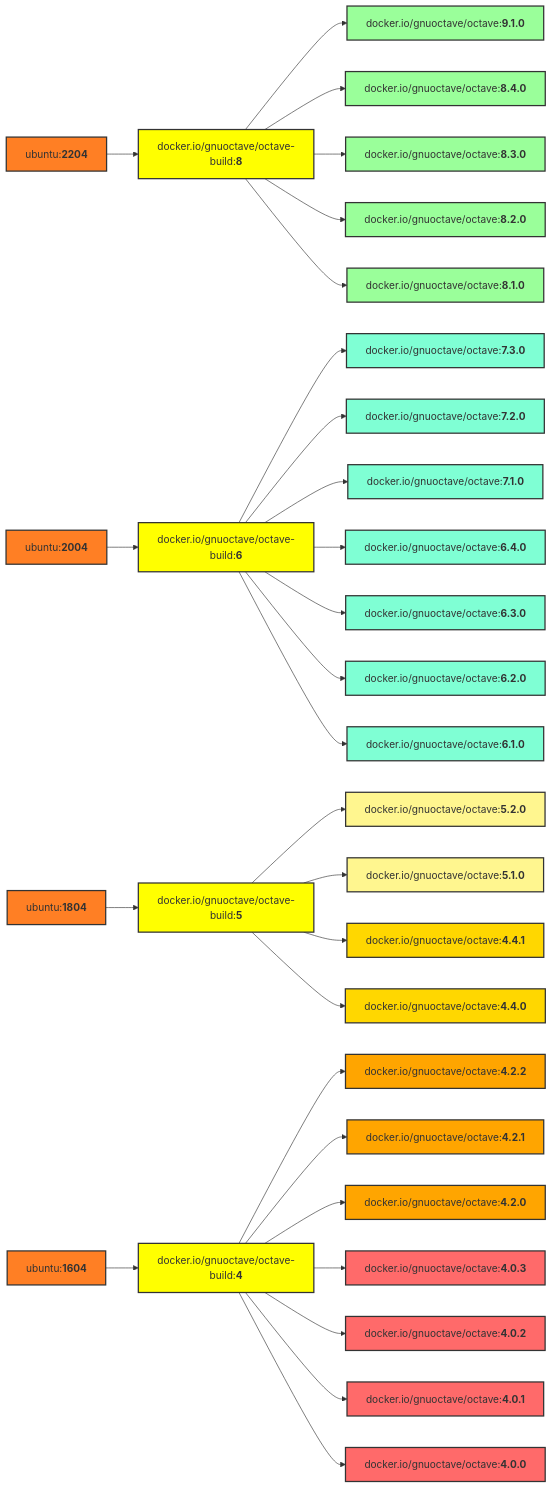
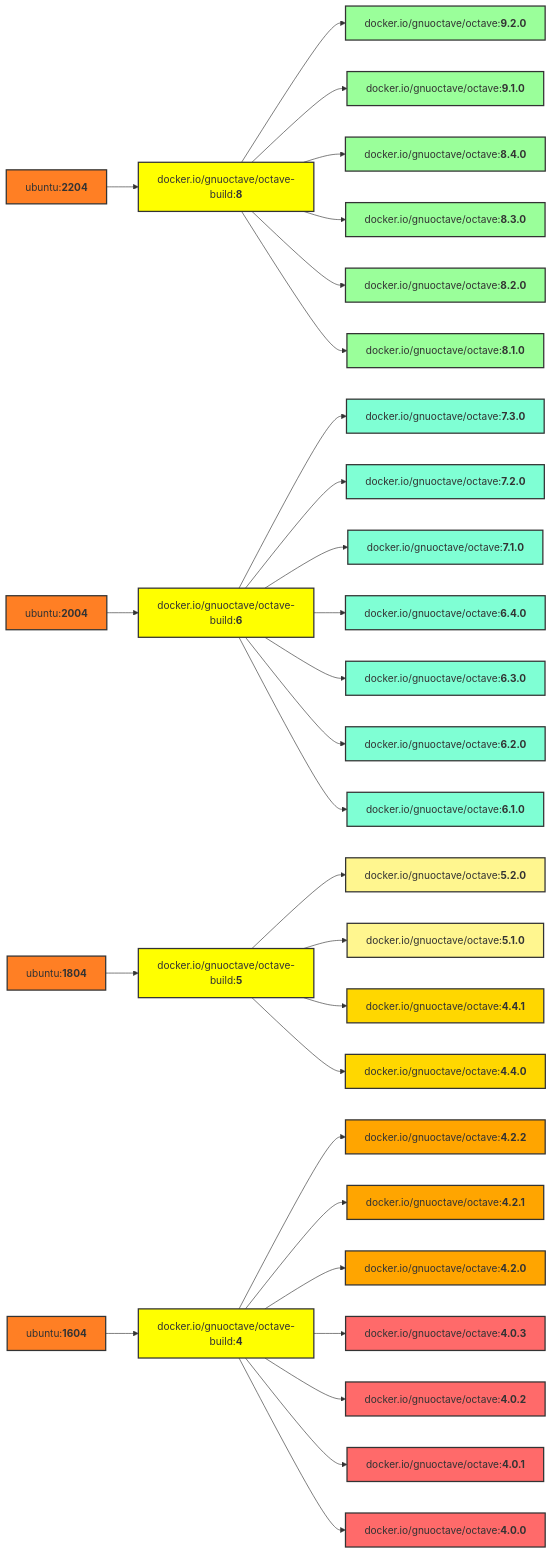
One commit to gnu-octave/docker changed the diagram in README.md. Above: the diagram before and after it, drawn with Mermaid. The commit also changed other lines of this file and 2 other files, not shown here.

Commit message:
GNU Octave 9.2.0 release (2024-06-07)

````diff
--- a/README.md
+++ b/README.md
@@ -93,69 +93,71 @@
 ```mermaid
 graph LR
     U4[ubuntu:<b>2204</b>] --> b8[docker.io/gnuoctave/octave-build:<b>8</b>];
     U3[ubuntu:<b>2004</b>] --> b6[docker.io/gnuoctave/octave-build:<b>6</b>];
     U2[ubuntu:<b>1804</b>] --> b5[docker.io/gnuoctave/octave-build:<b>5</b>];
     U1[ubuntu:<b>1604</b>] --> b4[docker.io/gnuoctave/octave-build:<b>4</b>];
+    b8 --> v920[docker.io/gnuoctave/octave:<b>9.2.0</b>];
     b8 --> v910[docker.io/gnuoctave/octave:<b>9.1.0</b>];
     b8 --> v840[docker.io/gnuoctave/octave:<b>8.4.0</b>];
     b8 --> v830[docker.io/gnuoctave/octave:<b>8.3.0</b>];
     b8 --> v820[docker.io/gnuoctave/octave:<b>8.2.0</b>];
     b8 --> v810[docker.io/gnuoctave/octave:<b>8.1.0</b>];
     b6 --> v730[docker.io/gnuoctave/octave:<b>7.3.0</b>];
     b6 --> v720[docker.io/gnuoctave/octave:<b>7.2.0</b>];
     b6 --> v710[docker.io/gnuoctave/octave:<b>7.1.0</b>];
     b6 --> v640[docker.io/gnuoctave/octave:<b>6.4.0</b>];
     b6 --> v630[docker.io/gnuoctave/octave:<b>6.3.0</b>];
     b6 --> v620[docker.io/gnuoctave/octave:<b>6.2.0</b>];
     b6 --> v610[docker.io/gnuoctave/octave:<b>6.1.0</b>];
     b5 --> v520[docker.io/gnuoctave/octave:<b>5.2.0</b>];
     b5 --> v510[docker.io/gnuoctave/octave:<b>5.1.0</b>];
     b5 --> v441[docker.io/gnuoctave/octave:<b>4.4.1</b>];
     b5 --> v440[docker.io/gnuoctave/octave:<b>4.4.0</b>];
     b4 --> v422[docker.io/gnuoctave/octave:<b>4.2.2</b>];
     b4 --> v421[docker.io/gnuoctave/octave:<b>4.2.1</b>];
     b4 --> v420[docker.io/gnuoctave/octave:<b>4.2.0</b>];
     b4 --> v403[docker.io/gnuoctave/octave:<b>4.0.3</b>];
     b4 --> v402[docker.io/gnuoctave/octave:<b>4.0.2</b>];
     b4 --> v401[docker.io/gnuoctave/octave:<b>4.0.1</b>];
     b4 --> v400[docker.io/gnuoctave/octave:<b>4.0.0</b>];
     classDef U fill:#ff7f24,stroke:#333,stroke-width:2px;
     class U1 U;
     class U2 U;
     class U3 U;
     class U4 U;
     classDef b fill:#ff0,stroke:#333,stroke-width:2px;
     class b4 b;
     class b5 b;
     class b6 b;
     class b8 b;
     classDef age1 fill:#9aff9a,stroke:#333,stroke-width:2px;
     classDef age2 fill:#7fffd4,stroke:#333,stroke-width:2px;
     classDef age3 fill:#fff68f,stroke:#333,stroke-width:2px;
     classDef age4 fill:#ffd700,stroke:#333,stroke-width:2px;
     classDef age5 fill:#ffa500,stroke:#333,stroke-width:2px;
     classDef age6 fill:#ff6a6a,stroke:#333,stroke-width:2px;
+    class v920 age1;
     class v910 age1;
     class v840 age1;
     class v830 age1;
     class v820 age1;
     class v810 age1;
     class v730 age2;
     class v720 age2;
     class v710 age2;
     class v640 age2;
     class v630 age2;
     class v620 age2;
     class v610 age2;
     class v520 age3;
     class v510 age3;
     class v441 age4;
     class v440 age4;
     class v422 age5;
     class v421 age5;
     class v420 age5;
     class v403 age6;
     class v402 age6;
     class v401 age6;
     class v400 age6;
 ```
````
